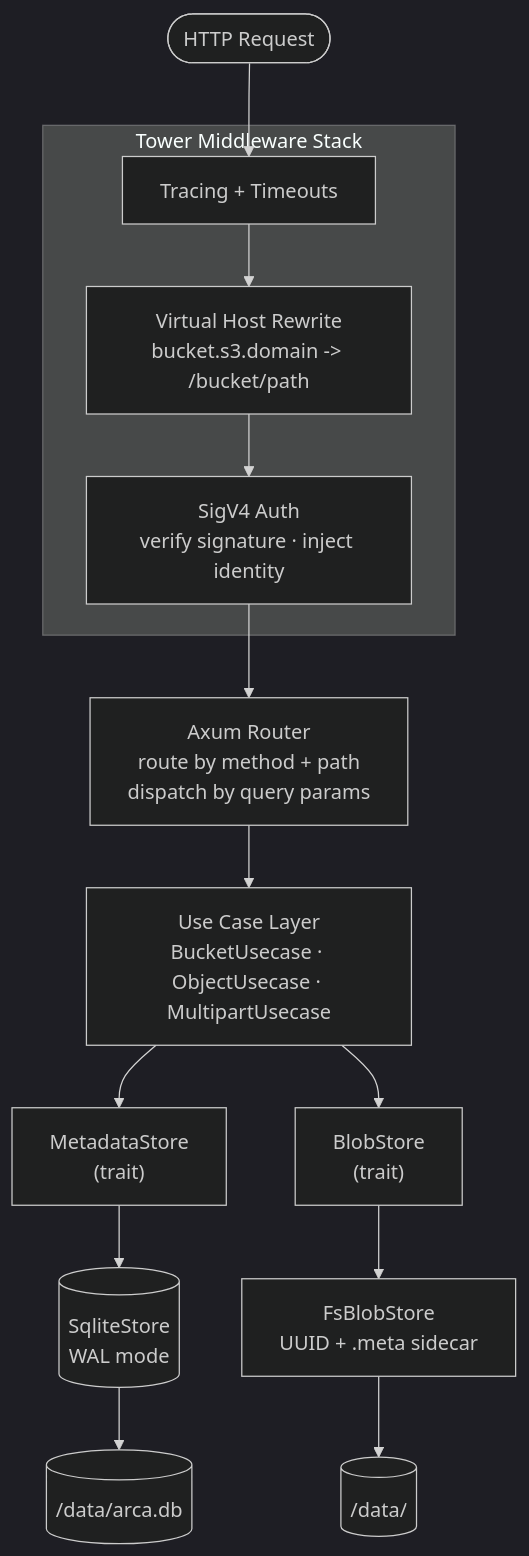
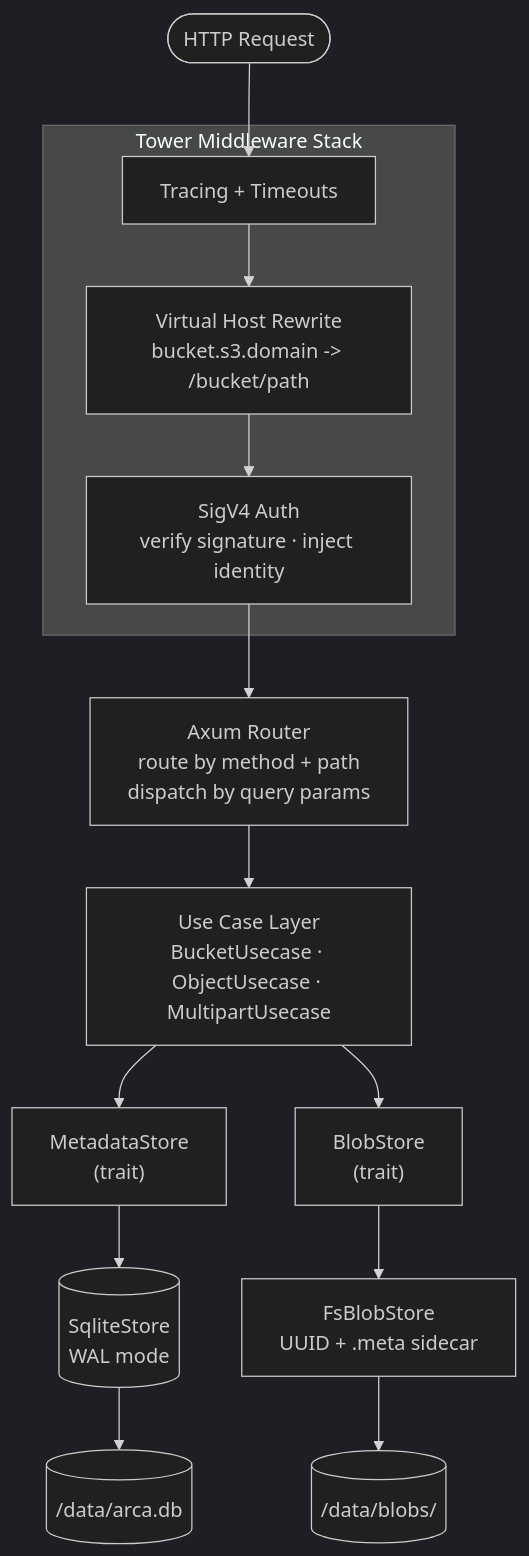
One commit to dxc-technology/arca changed the third of 4 diagrams in documentation/docs/architecture.md. Above: the diagram before and after it, drawn with Mermaid (dark theme). The commit also changed other lines of this file and 5 other files, not shown here.

````diff
--- a/documentation/docs/architecture.md
+++ b/documentation/docs/architecture.md
@@ -77,25 +77,25 @@
 ```mermaid
 flowchart TD
     REQ(["HTTP Request"]) --> MW1
 
     subgraph MIDDLEWARE["Tower Middleware Stack"]
         MW1["Tracing + Timeouts"]
         MW2["Virtual Host Rewrite<br/>bucket.s3.domain -> /bucket/path"]
         MW3["SigV4 Auth<br/>verify signature · inject identity"]
     end
 
     MW1 --> MW2 --> MW3
 
     MW3 --> ROUTER["Axum Router<br/>route by method + path<br/>dispatch by query params"]
 
     ROUTER --> UC["Use Case Layer<br/>BucketUsecase · ObjectUsecase · MultipartUsecase"]
 
     UC --> META["MetadataStore<br/>(trait)"]
     UC --> BLOB["BlobStore<br/>(trait)"]
 
     META --> SQLITE[("SqliteStore<br/>WAL mode")]
     BLOB --> FS["FsBlobStore<br/>UUID + .meta sidecar"]
 
-    FS --> DISK[("/data/")]
+    FS --> DISK[("/data/blobs/")]
     SQLITE --> DB[("/data/arca.db")]
 ```
````
